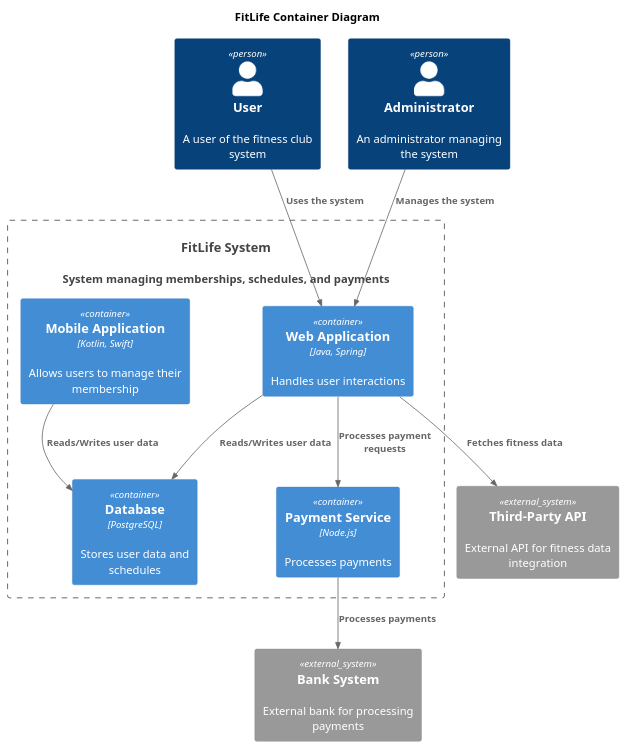
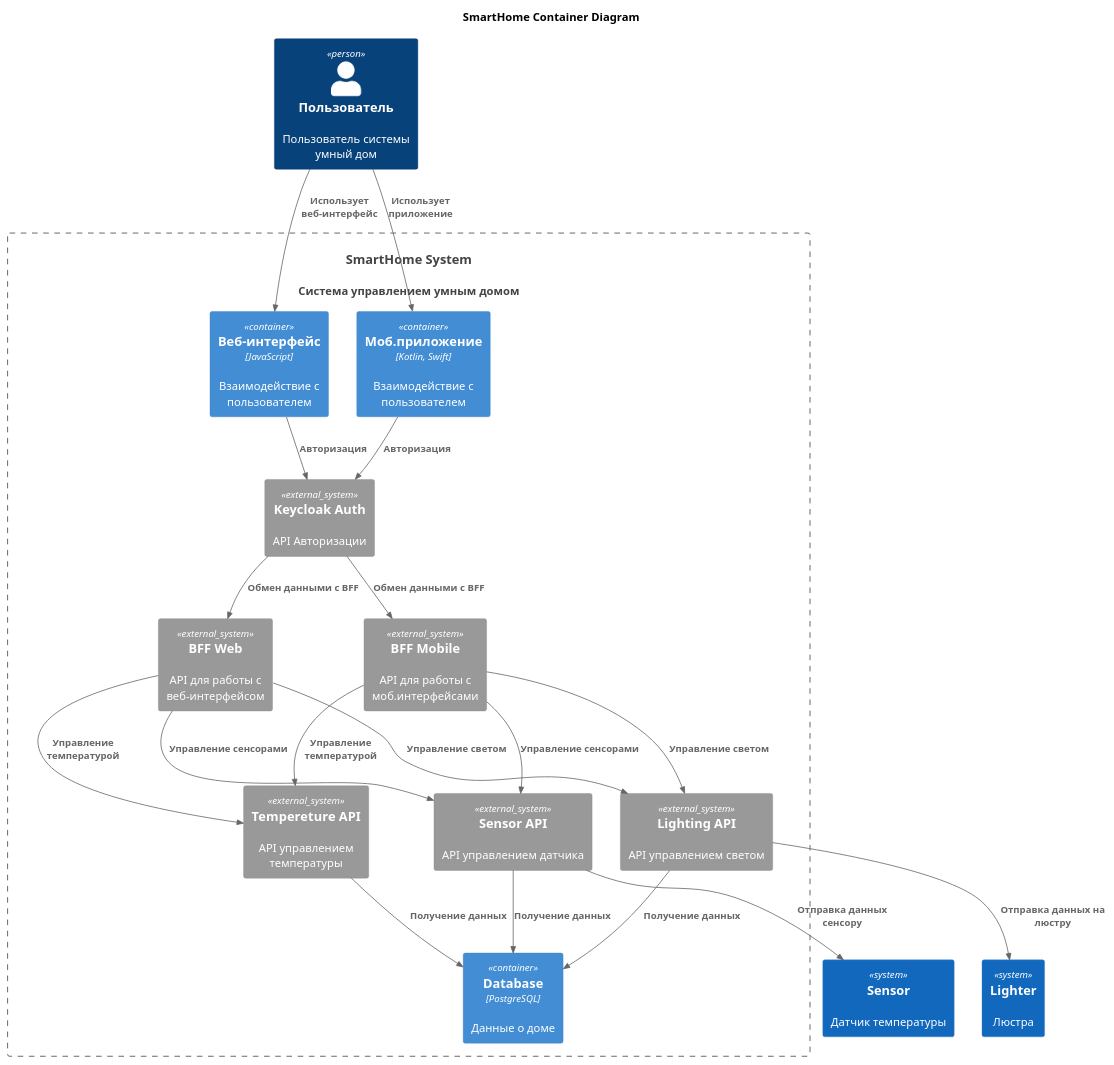
One commit to PuryginKE/architecture-warmhouse changed the diagram in diagrams/container/Container.puml. Above: the diagram before and after it, drawn with PlantUML. The commit also changed 1 other file, not shown here.

Commit message:
add container diagram

```diff
--- a/diagrams/container/Container.puml
+++ b/diagrams/container/Container.puml
@@ -1,29 +1,56 @@
 @startuml
-title FitLife Container Diagram
+title SmartHome Container Diagram
 
 top to bottom direction
 
 !includeurl https://raw.githubusercontent.com/RicardoNiepel/C4-PlantUML/master/C4_Component.puml
 
-Person(user, "User", "A user of the fitness club system")
-Person(admin, "Administrator", "An administrator managing the system")
-System(FitLifeSystem, "FitLife System", "System managing memberships, schedules, and payments")
+Person(user, "Пользователь", "Пользователь системы умный дом")
+System(SmartHomeSystem, "SmartHome System", "Система управлением умным домом")
+System(sensor, "Sensor", "Датчик температуры")
+System(lighter, "Lighter", "Люстра")
 
-Container_Boundary(FitLifeSystem, "FitLife System") {
-  Container(WebApp, "Web Application", "Java, Spring", "Handles user interactions")
-  Container(MobileApp, "Mobile Application", "Kotlin, Swift", "Allows users to manage their membership")
-  Container(PaymentService, "Payment Service", "Node.js", "Processes payments")
-  Container(Database, "Database", "PostgreSQL", "Stores user data and schedules")
+Container_Boundary(SmartHomeSystem, "SmartHome System") {
+  Container(WebApp, "Веб-интерфейс", "JavaScript", "Взаимодействие с пользователем")
+  Container(MobileApp, "Моб.приложение", "Kotlin, Swift", "Взаимодействие с пользователем")
+  Container(AuthApi, "Keycloak Auth", "Авторизация")
+  Container(BffWebApi, "BFF Service", "Golang", "Обмен данными с фронтом")
+  Container(BffMobileApi, "BFF Service", "Golang", "Обмен данными с фронтом")
+  Container(tempApi, "Temperature Service", "Golang", "Получение данных по температуре")
+  Container(sensorApi, "Sensor Service", "Golang", "Получение данных с датчика")
+  Container(lightingApi, "Lighting Service", "Golang", "Получение данных с датчика")
+  Container(Database, "Database", "PostgreSQL", "Данные о доме")
 }
 
-System_Ext(api, "Third-Party API", "External API for fitness data integration")
-System_Ext(bank, "Bank System", "External bank for processing payments")
+System_Ext(AuthApi, "Keycloak Auth", "API Авторизации")
+System_Ext(BffWebApi, "BFF Web", "API для работы с веб-интерфейсом")
+System_Ext(BffMobileApi, "BFF Mobile", "API для работы с моб.интерфейсами")
+System_Ext(tempApi, "Tempereture API", "API управлением температуры")
+System_Ext(sensorApi, "Sensor API", "API управлением датчика")
+System_Ext(lightingApi, "Lighting API", "API управлением светом")
 
-Rel(user, WebApp, "Uses the system")
-Rel(admin, WebApp,"Manages the system")
-Rel(WebApp,PaymentService,"Processes payment requests")
-Rel(PaymentService,bank,"Processes payments")
-Rel(WebApp,Database,"Reads/Writes user data")
-Rel(MobileApp,Database,"Reads/Writes user data")
-Rel(WebApp,api,"Fetches fitness data")
+Rel(user, WebApp, "Использует веб-интерфейс")
+Rel(user, MobileApp, "Использует приложение")
+
+Rel(WebApp, AuthApi, "Авторизация")
+Rel(MobileApp, AuthApi, "Авторизация")
+
+Rel(AuthApi, BffWebApi, "Обмен данными с BFF")
+Rel(AuthApi, BffMobileApi, "Обмен данными с BFF")
+
+Rel(BffWebApi,tempApi,"Управление температурой")
+Rel(BffWebApi,sensorApi,"Управление сенсорами")
+Rel(BffWebApi,lightingApi,"Управление светом")
+
+Rel(BffMobileApi,tempApi,"Управление температурой")
+Rel(BffMobileApi,sensorApi,"Управление сенсорами")
+Rel(BffMobileApi,lightingApi,"Управление светом")
+
+Rel(tempApi,Database,"Получение данных")
+Rel(sensorApi,Database,"Получение данных")
+Rel(lightingApi,Database,"Получение данных")
+
+Rel(sensorApi,sensor,"Отправка данных сенсору")
+Rel(lightingApi, lighter,"Отправка данных на люстру")
+
 @enduml
```
